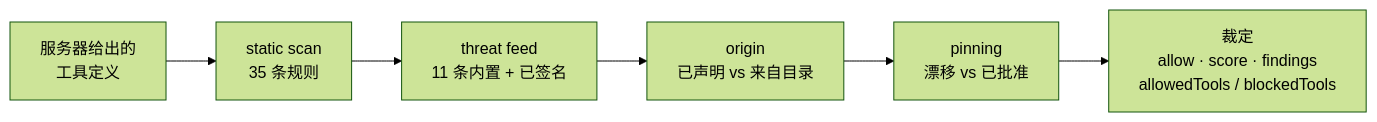
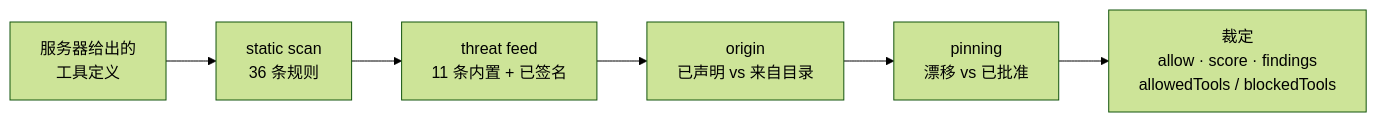
Before and after one commit to alexar76/warden: the diagram in README-zh.md, drawn with Mermaid (forest theme). The commit also changed other lines of this file and 58 other files, not shown here.

````diff
--- a/README-zh.md
+++ b/README-zh.md
@@ -218,8 +222,8 @@
 ```mermaid
 flowchart LR
-  T["服务器给出的<br/>工具定义"] --> S["static scan<br/>35 条规则"]
+  T["服务器给出的<br/>工具定义"] --> S["static scan<br/>36 条规则"]
   S --> F["threat feed<br/>11 条内置 + 已签名"]
   F --> O["origin<br/>已声明 vs 来自目录"]
   O --> P["pinning<br/>漂移 vs 已批准"]
   P --> V["裁定<br/>allow · score · findings<br/>allowedTools / blockedTools"]
 ```
````
